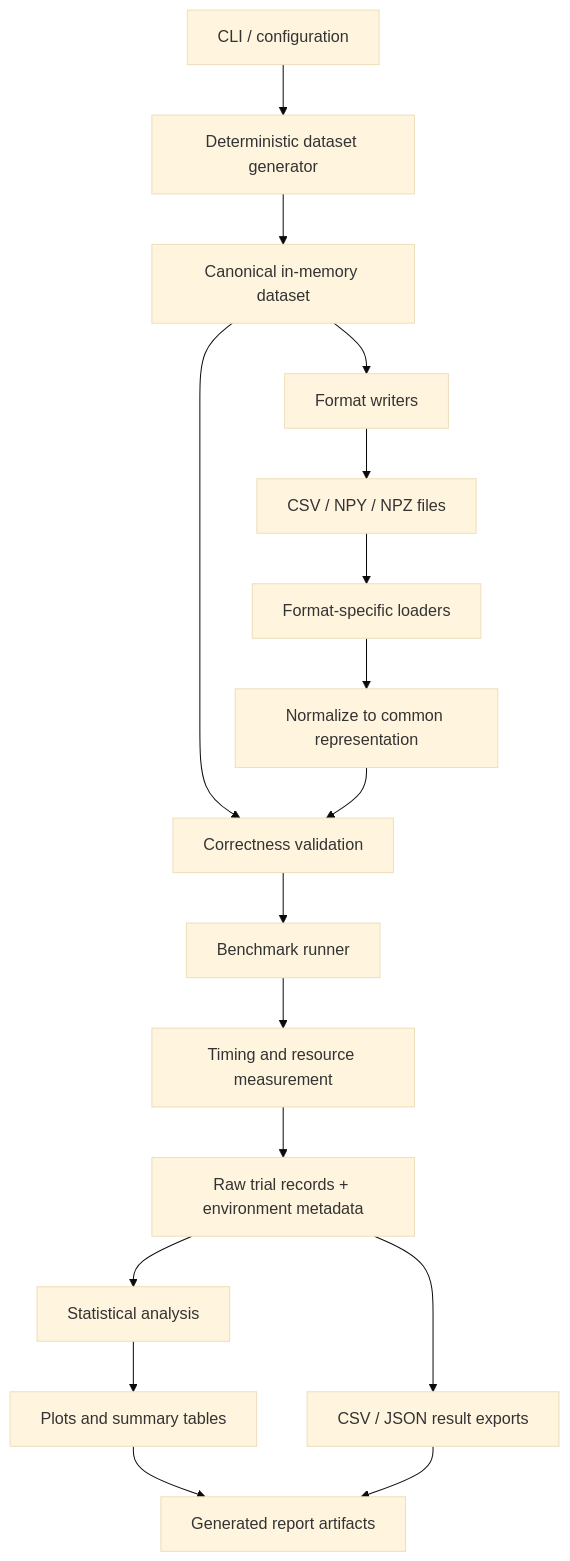
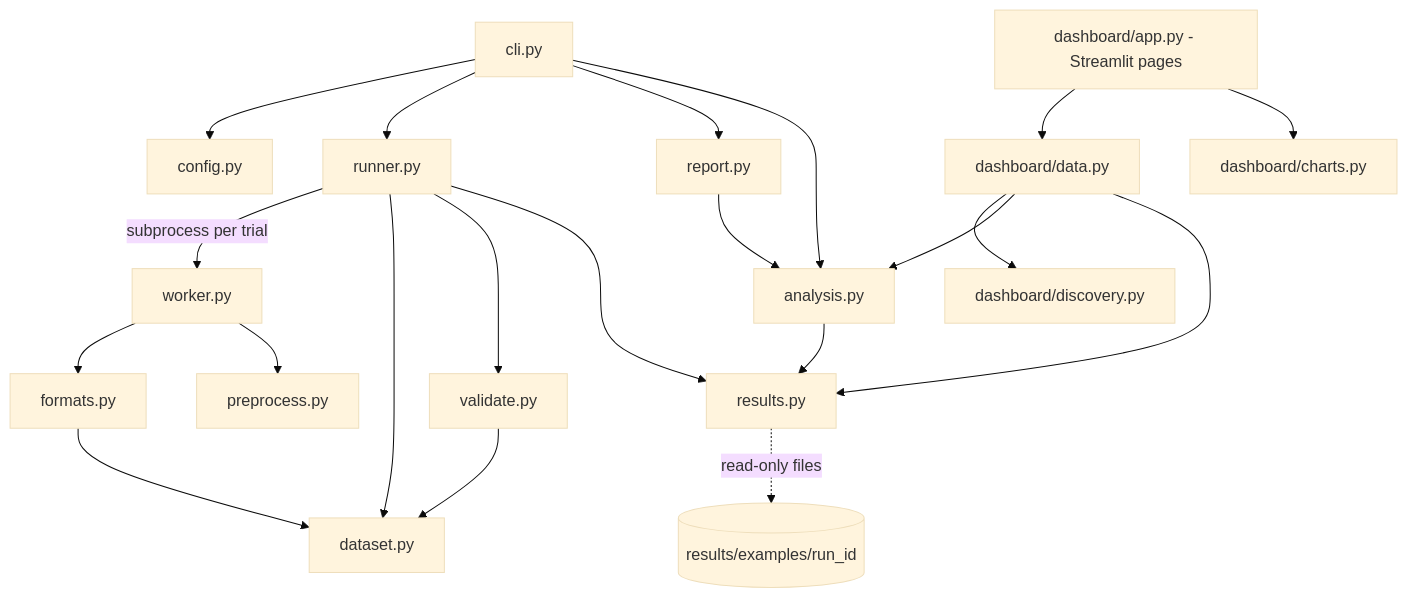
Before and after one commit to vishnu97770/Scientific_Data_Performance_Lab: the diagram in README.md, drawn with Mermaid (base theme). The commit also changed other lines of this file and 4 other files, not shown here.

````diff
--- a/README.md
+++ b/README.md
@@ -195,19 +56,23 @@
 ```mermaid
 flowchart TD
-    CFG[CLI / configuration] --> GEN[Deterministic dataset generator]
-    GEN --> DATA[Canonical in-memory dataset]
-    DATA --> WR[Format writers]
-    WR --> FILES[CSV / NPY / NPZ files]
-    FILES --> LOAD[Format-specific loaders]
-    LOAD --> NORM[Normalize to common representation]
-    DATA --> VALID[Correctness validation]
-    NORM --> VALID
-    VALID --> RUN[Benchmark runner]
-    RUN --> TIMER[Timing and resource measurement]
-    TIMER --> RAW[Raw trial records + environment metadata]
-    RAW --> STATS[Statistical analysis]
-    STATS --> PLOT[Plots and summary tables]
-    RAW --> EXPORT[CSV / JSON result exports]
-    PLOT --> REPORT[Generated report artifacts]
-    EXPORT --> REPORT
+    CLI[cli.py] --> CFG[config.py]
+    CLI --> RUN[runner.py]
+    CLI --> REP[report.py]
+    CLI --> ANA[analysis.py]
+    RUN -->|subprocess per trial| WRK[worker.py]
+    RUN --> DS[dataset.py]
+    RUN --> VAL[validate.py]
+    RUN --> RES[results.py]
+    WRK --> FMT[formats.py]
+    WRK --> PRE[preprocess.py]
+    FMT --> DS
+    VAL --> DS
+    ANA --> RES
+    REP --> ANA
+    APP[dashboard/app.py - Streamlit pages] --> DATA[dashboard/data.py]
+    APP --> CH[dashboard/charts.py]
+    DATA --> DISC[dashboard/discovery.py]
+    DATA --> ANA
+    DATA --> RES
+    RES -.->|read-only files| FILES[(results/examples/run_id)]
 ```
````
